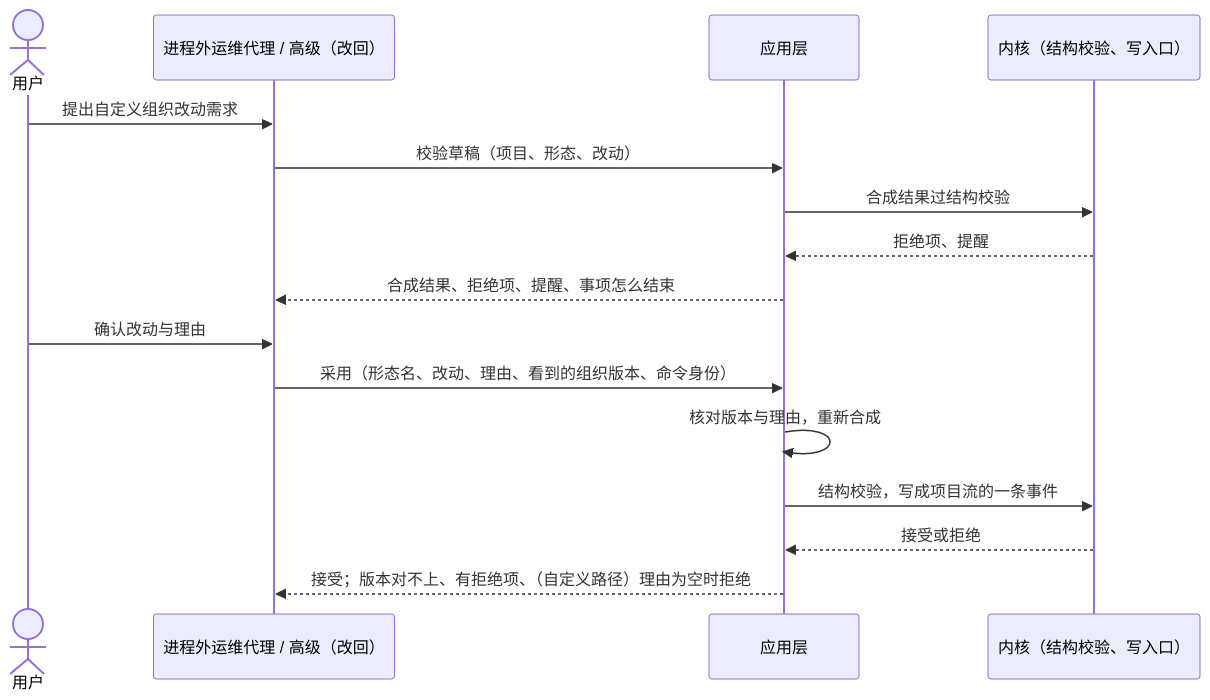
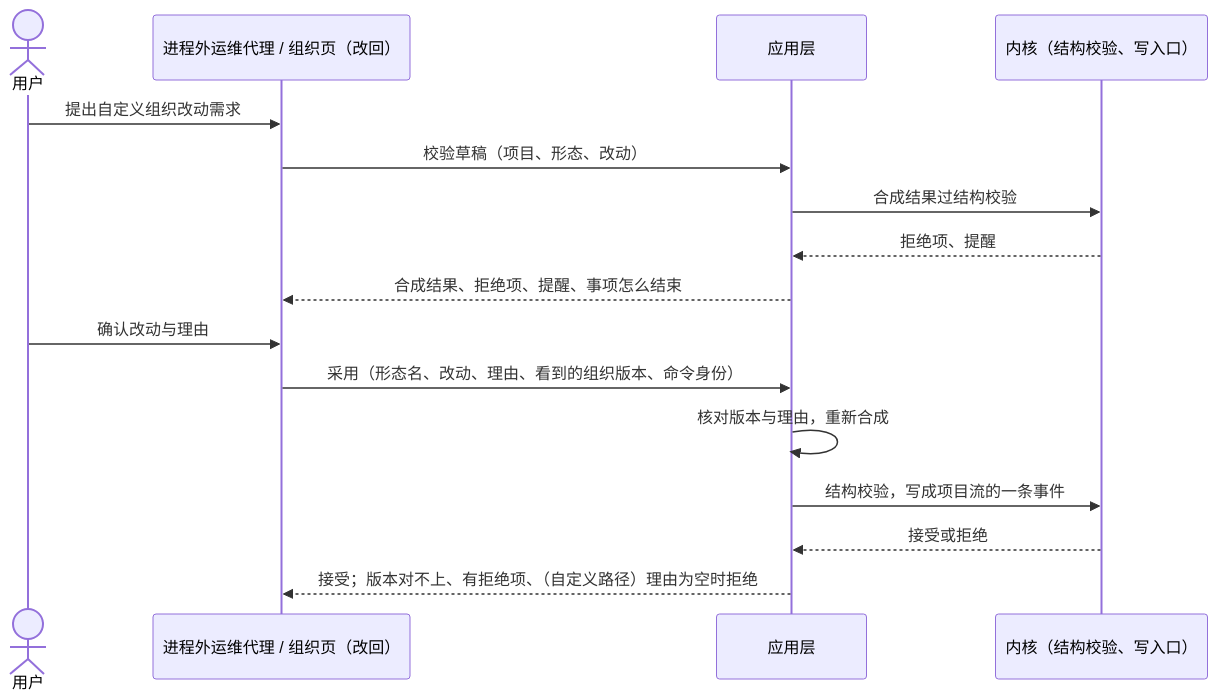
One commit to bender2333/yudao changed the third of 3 diagrams in docs/design/project-organization.md. Above: the diagram before and after it, drawn with Mermaid. The commit also changed other lines of this file and 66 other files, not shown here.

Commit message:
docs: 定型客户端 V21 五标签页循环蓝图控制台原型并统一主线设计说明

````diff
--- a/docs/design/project-organization.md
+++ b/docs/design/project-organization.md
@@ -202,18 +202,18 @@
 ```mermaid
 sequenceDiagram
   actor U as 用户
-  participant P as 进程外运维代理 / 高级（改回）
+  participant P as 进程外运维代理 / 组织页（改回）
   participant A as 应用层
   participant K as 内核（结构校验、写入口）
   U->>P: 提出自定义组织改动需求
   P->>A: 校验草稿（项目、形态、改动）
   A->>K: 合成结果过结构校验
   K-->>A: 拒绝项、提醒
   A-->>P: 合成结果、拒绝项、提醒、事项怎么结束
   U->>P: 确认改动与理由
   P->>A: 采用（形态名、改动、理由、看到的组织版本、命令身份）
   A->>A: 核对版本与理由，重新合成
   A->>K: 结构校验，写成项目流的一条事件
   K-->>A: 接受或拒绝
   A-->>P: 接受；版本对不上、有拒绝项、（自定义路径）理由为空时拒绝
 ```
````
